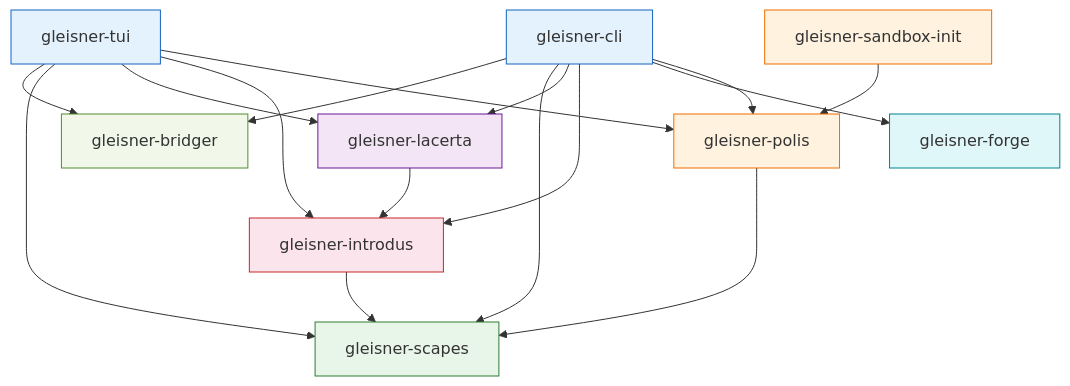
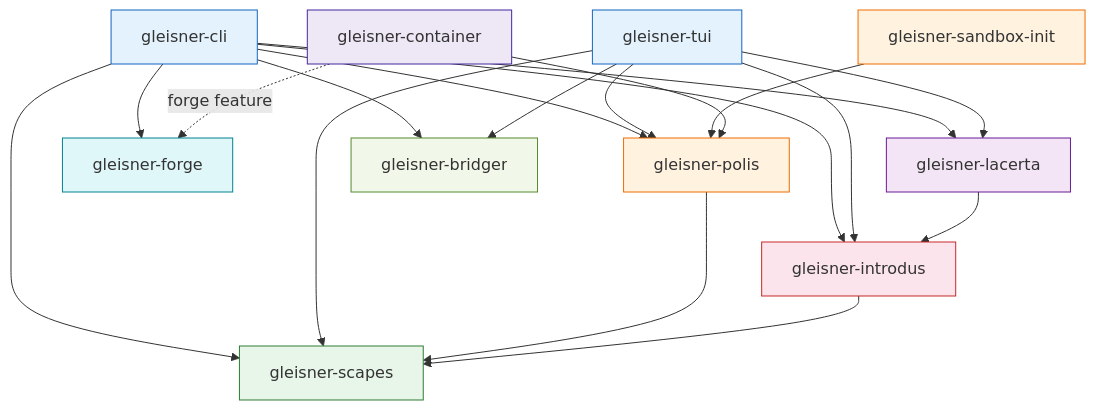
The first of 6 diagrams in docs/ARCHITECTURE.md (lexicone42/gleisner), drawn with Mermaid before and after one commit. The commit also changed other lines of this file and 1 other file, not shown here.

Commit message:
Update docs for gleisner-container crate (10th crate)
- ARCHITECTURE.md: update crate count to 10, add gleisner-container to
  crate map table and mermaid dependency graph
- README.md: add gleisner-container row to crate table

````diff
--- a/docs/ARCHITECTURE.md
+++ b/docs/ARCHITECTURE.md
@@ -70,41 +71,46 @@
 ```mermaid
 graph TD
     CLI[gleisner-cli]
     TUI[gleisner-tui]
     POLIS[gleisner-polis]
     SINIT[gleisner-sandbox-init]
     FORGE[gleisner-forge]
     INTRODUS[gleisner-introdus]
     LACERTA[gleisner-lacerta]
     SCAPES[gleisner-scapes]
     BRIDGER[gleisner-bridger]
+    CONTAINER[gleisner-container]
 
     CLI --> POLIS
     CLI --> FORGE
     CLI --> INTRODUS
     CLI --> LACERTA
     CLI --> SCAPES
     CLI --> BRIDGER
 
     TUI --> POLIS
     TUI --> INTRODUS
     TUI --> LACERTA
     TUI --> SCAPES
     TUI --> BRIDGER
 
     SINIT --> POLIS
 
     POLIS --> SCAPES
     INTRODUS --> SCAPES
     LACERTA --> INTRODUS
 
+    CONTAINER --> POLIS
+    CONTAINER -.->|forge feature| FORGE
+
     style SCAPES fill:#e8f5e9,stroke:#2e7d32
     style CLI fill:#e3f2fd,stroke:#1565c0
     style TUI fill:#e3f2fd,stroke:#1565c0
     style POLIS fill:#fff3e0,stroke:#ef6c00
     style SINIT fill:#fff3e0,stroke:#ef6c00
     style FORGE fill:#e0f7fa,stroke:#00838f
     style INTRODUS fill:#fce4ec,stroke:#c62828
     style LACERTA fill:#f3e5f5,stroke:#6a1b9a
     style BRIDGER fill:#f1f8e9,stroke:#558b2f
+    style CONTAINER fill:#ede7f6,stroke:#4527a0
 ```
````
